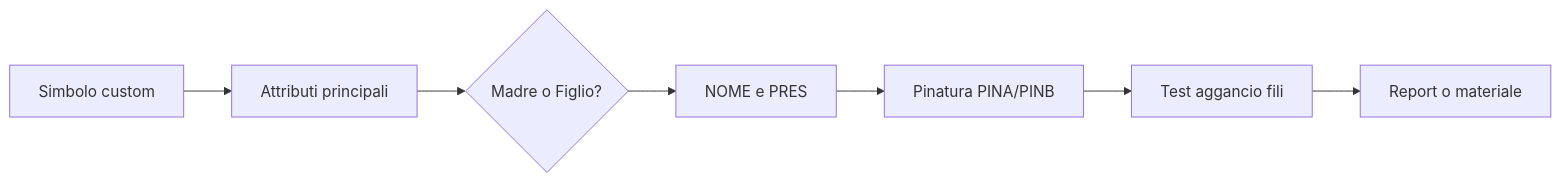
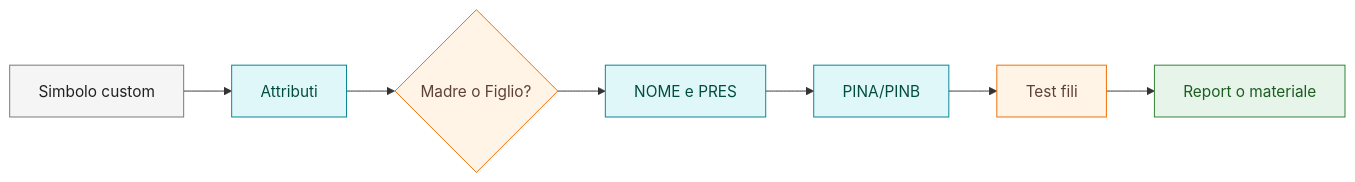
The diagram in docs/04-attributes-and-pinning.md (robertochello/spac-start-knowledge-base), drawn with Mermaid before and after one commit. The commit also changed 27 other files, not shown here.

Commit message:
docs: standardize diagrams and visual cues

````diff
--- a/docs/04-attributes-and-pinning.md
+++ b/docs/04-attributes-and-pinning.md
@@ -14,9 +14,14 @@
 ```mermaid
 flowchart LR
-    A[Simbolo custom] --> B[Attributi principali]
-    B --> C{Madre o Figlio?}
-    C --> D[NOME e PRES]
-    D --> E[Pinatura PINA/PINB]
-    E --> F[Test aggancio fili]
-    F --> G[Report o materiale]
+    A[Simbolo custom]:::process --> B[Attributi]:::data
+    B --> C{Madre o Figlio?}:::warn
+    C --> D[NOME e PRES]:::data
+    D --> E[PINA/PINB]:::data
+    E --> F[Test fili]:::warn
+    F --> G[Report o materiale]:::ok
+
+    classDef ok fill:#e6f4ea,stroke:#2e7d32,color:#1b5e20;
+    classDef warn fill:#fff4e5,stroke:#ef6c00,color:#5d4037;
+    classDef data fill:#e0f7fa,stroke:#00838f,color:#004d40;
+    classDef process fill:#f5f5f5,stroke:#757575,color:#212121;
 ```
````
